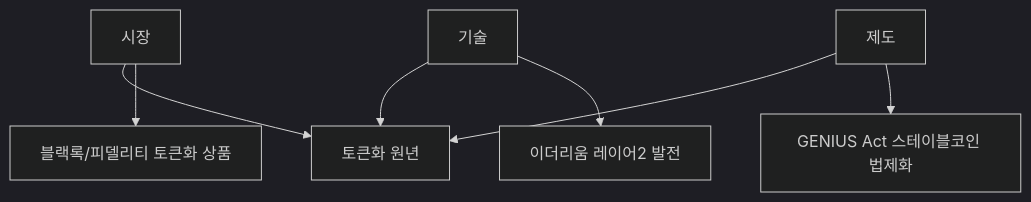
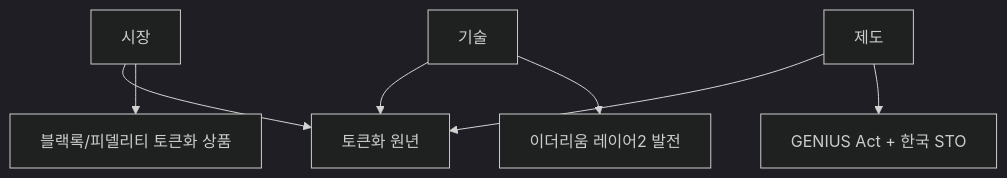
One commit to dss99911/dss99911.github.io changed the diagram in _posts/knowledge/invest/2026-01-19-crypto-outlook-analysis-2026.md. Above: the diagram before and after it, drawn with Mermaid (dark theme). The commit also changed other lines of this file and 15 other files, not shown here.

````diff
--- a/_posts/knowledge/invest/2026-01-19-crypto-outlook-analysis-2026.md
+++ b/_posts/knowledge/invest/2026-01-19-crypto-outlook-analysis-2026.md
@@ -262,10 +435,10 @@
 ```mermaid
 graph TD
     A[시장] --> D[토큰화 원년]
     B[기술] --> D
     C[제도] --> D
 
     A --> A1[블랙록/피델리티 토큰화 상품]
     B --> B1[이더리움 레이어2 발전]
-    C --> C1[GENIUS Act 스테이블코인 법제화]
+    C --> C1[GENIUS Act + 한국 STO]
 ```
````
